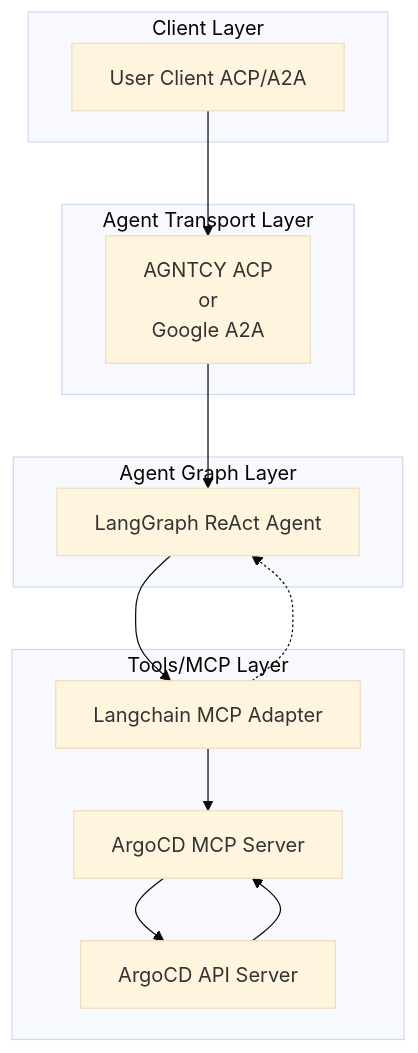
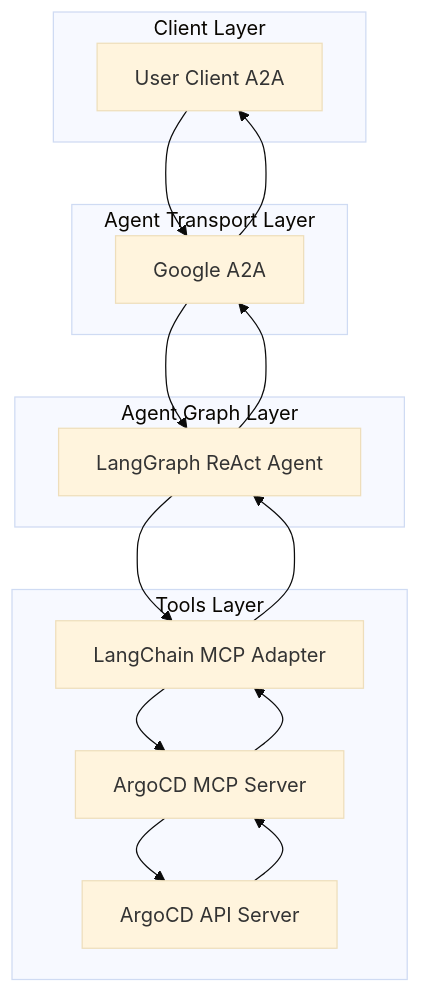
One commit to tensai828/ai-driven-platform-operations changed the first of 2 diagrams in ai_platform_engineering/agents/argocd/README.md. Above: the diagram before and after it, drawn with Mermaid (base theme). The commit also changed other lines of this file and 27 other files, not shown here.

````diff
--- a/ai_platform_engineering/agents/argocd/README.md
+++ b/ai_platform_engineering/agents/argocd/README.md
@@ -92,25 +65,20 @@
 ```mermaid
 flowchart TD
   subgraph Client Layer
-    A[User Client ACP/A2A]
+    A[User Client A2A]
   end
-
   subgraph Agent Transport Layer
-    B[AGNTCY ACP<br/>or<br/>Google A2A]
+    B[Google A2A]
   end
-
   subgraph Agent Graph Layer
     C[LangGraph ReAct Agent]
   end
-
-  subgraph Tools/MCP Layer
-    D[Langchain MCP Adapter]
+  subgraph Tools Layer
+    D[LangChain MCP Adapter]
     E[ArgoCD MCP Server]
     F[ArgoCD API Server]
   end
 
-  A --> B --> C
-  C --> D
-  D -.-> C
-  D --> E --> F --> E
+  A --> B --> C --> D --> E --> F
+  F --> E --> D --> C --> B --> A
 ```
````
